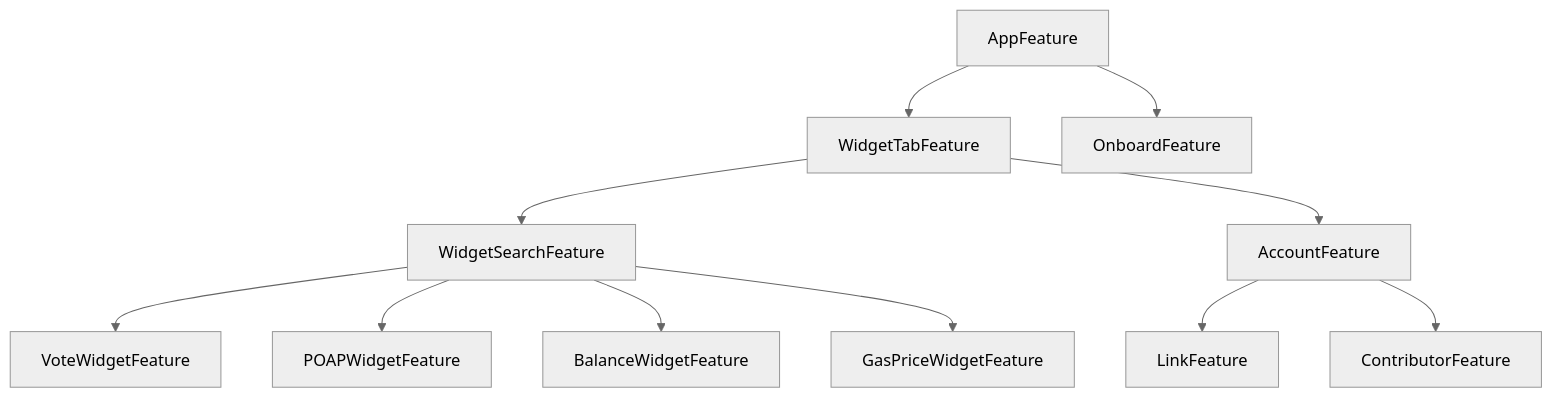
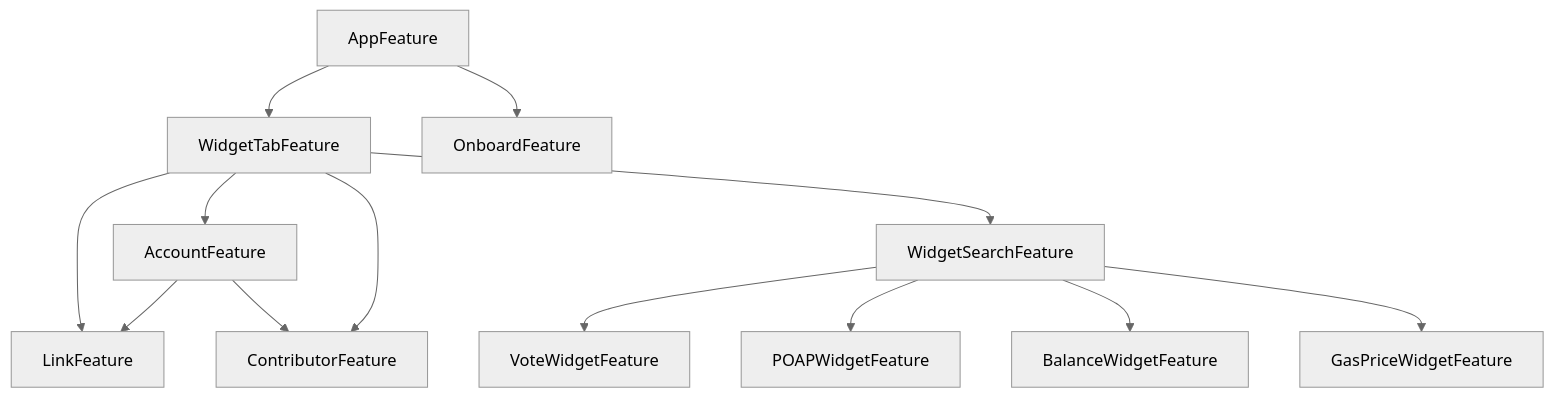
The diagram in Packages/FeaturePackage/README.md (caaaption/caaaption), drawn with Mermaid (neutral theme) before and after one commit.

Commit message:
Run dgraph (#351)

````diff
--- a/Packages/FeaturePackage/README.md
+++ b/Packages/FeaturePackage/README.md
@@ -2,13 +2,15 @@
 ```mermaid
 graph TD;
     AppFeature-->WidgetTabFeature;
     AppFeature-->OnboardFeature;
     WidgetSearchFeature-->VoteWidgetFeature;
     WidgetSearchFeature-->POAPWidgetFeature;
     WidgetSearchFeature-->BalanceWidgetFeature;
     WidgetSearchFeature-->GasPriceWidgetFeature;
     AccountFeature-->LinkFeature;
     AccountFeature-->ContributorFeature;
+    WidgetTabFeature-->LinkFeature;
+    WidgetTabFeature-->AccountFeature;
+    WidgetTabFeature-->ContributorFeature;
     WidgetTabFeature-->WidgetSearchFeature;
-    WidgetTabFeature-->AccountFeature;
 ```
````
